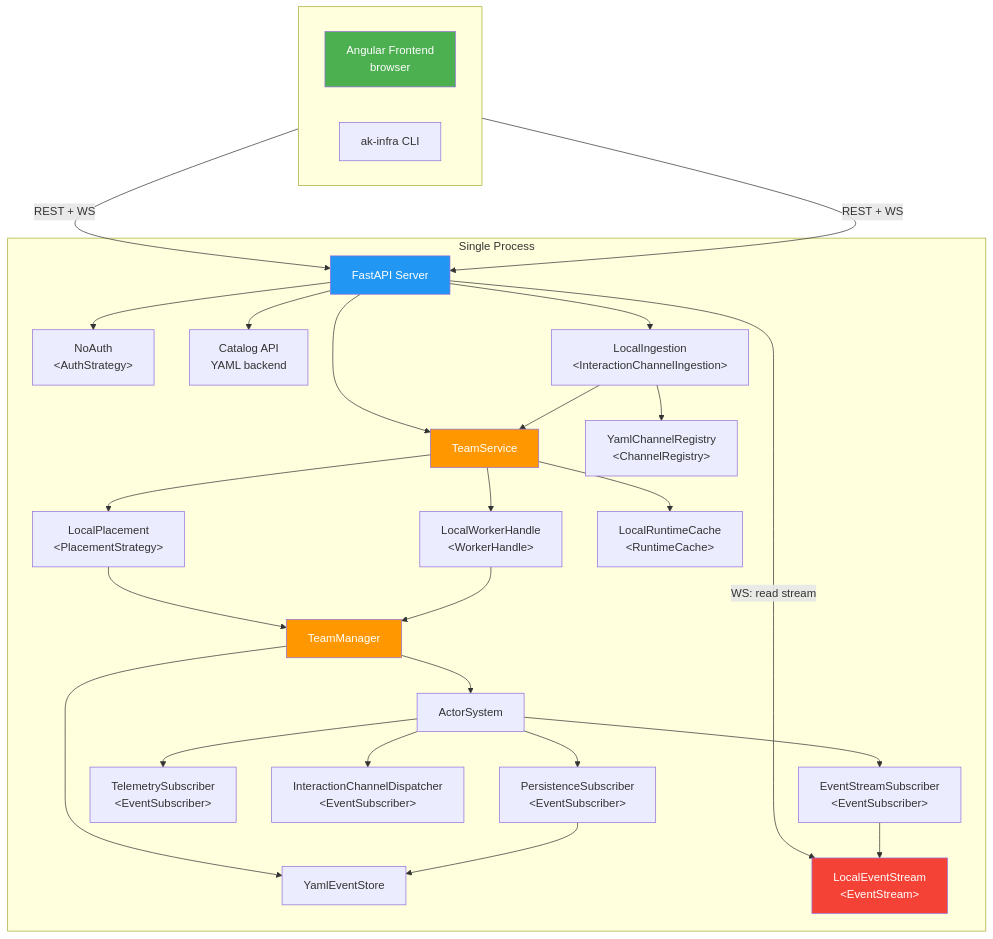
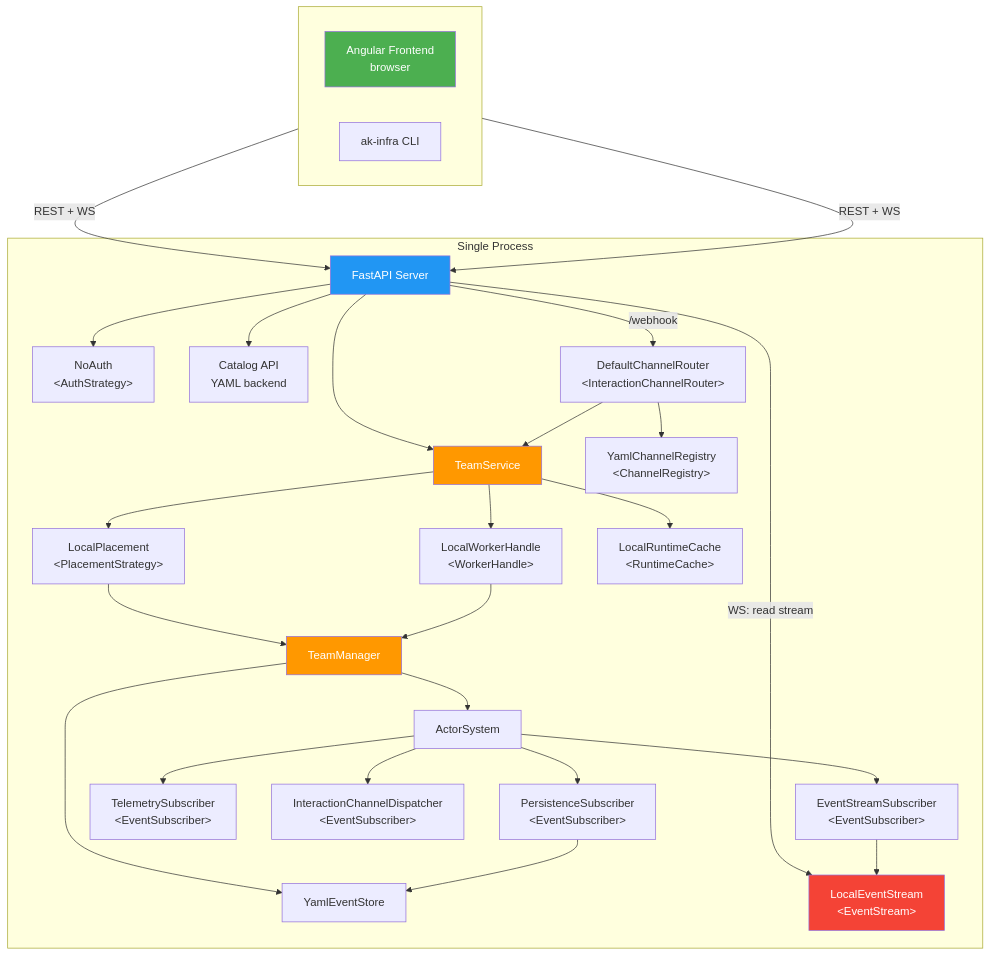
Before and after one commit to b12consulting/akgentic-infra: the first of 3 diagrams in README.md, drawn with Mermaid. The commit also changed other lines of this file and 45 other files, not shown here.

First line of the commit message:
feat(akgentic-infra): epics 74 and 75 — the channel path gets its affordances, and a router decides what an inbound message does (#480)

````diff
--- a/README.md
+++ b/README.md
@@ -33,57 +33,57 @@
 ```mermaid
 graph TB
     subgraph "Single Process"
         API[FastAPI Server]
         SVC[TeamService]
         NA["NoAuth<br/>&lt;AuthStrategy&gt;"]
         CAT[Catalog API<br/>YAML backend]
         LP["LocalPlacement<br/>&lt;PlacementStrategy&gt;"]
         LWH["LocalWorkerHandle<br/>&lt;WorkerHandle&gt;"]
         LRC["LocalRuntimeCache<br/>&lt;RuntimeCache&gt;"]
         TM[TeamManager]
         AS[ActorSystem]
         YE[YamlEventStore]
         PS["PersistenceSubscriber<br/>&lt;EventSubscriber&gt;"]
         TS["TelemetrySubscriber<br/>&lt;EventSubscriber&gt;"]
         ICD["InteractionChannelDispatcher<br/>&lt;EventSubscriber&gt;"]
         ESS["EventStreamSubscriber<br/>&lt;EventSubscriber&gt;"]
         LES["LocalEventStream<br/>&lt;EventStream&gt;"]
-        LI["LocalIngestion<br/>&lt;InteractionChannelIngestion&gt;"]
+        DCR["DefaultChannelRouter<br/>&lt;InteractionChannelRouter&gt;"]
         YCR["YamlChannelRegistry<br/>&lt;ChannelRegistry&gt;"]
     end
 
     subgraph Clients [" "]
         direction LR
         FE[Angular Frontend<br/>browser]
         CLI[ak-infra CLI]
     end
 
     FE -->|REST + WS| API
     CLI -->|REST + WS| API
     API --> NA
     API --> SVC
     API --> CAT
-    API --> LI
+    API -->|/webhook| DCR
     API -->|WS: read stream| LES
     SVC --> LP
     SVC --> LWH
     SVC --> LRC
     LP --> TM
     LWH --> TM
     TM --> AS
     TM --> YE
     AS --> PS
     AS --> TS
     AS --> ICD
     AS --> ESS
     ESS --> LES
     PS --> YE
-    LI --> SVC
-    LI --> YCR
+    DCR --> SVC
+    DCR --> YCR
 
     style FE fill:#4CAF50,color:white
     style API fill:#2196F3,color:white
     style SVC fill:#FF9800,color:white
     style TM fill:#FF9800,color:white
     style LES fill:#F44336,color:white
 ```
````
